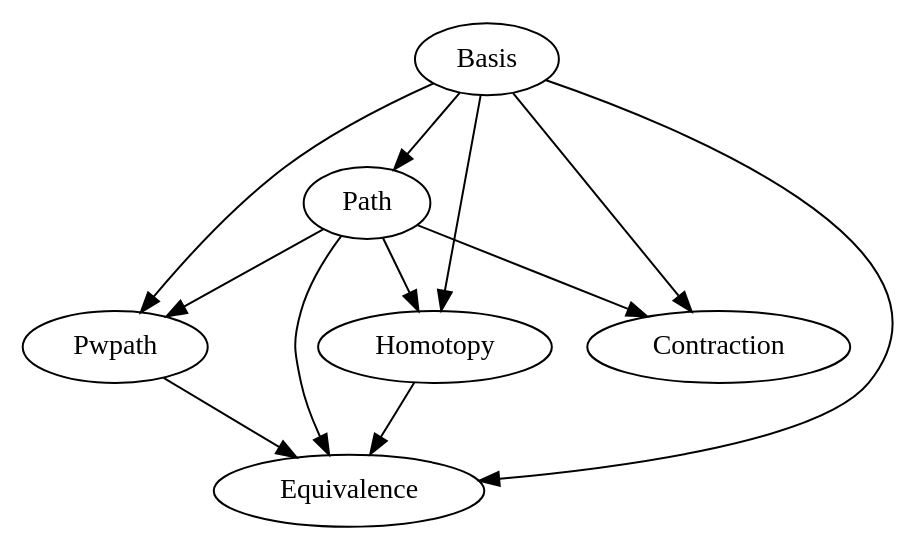
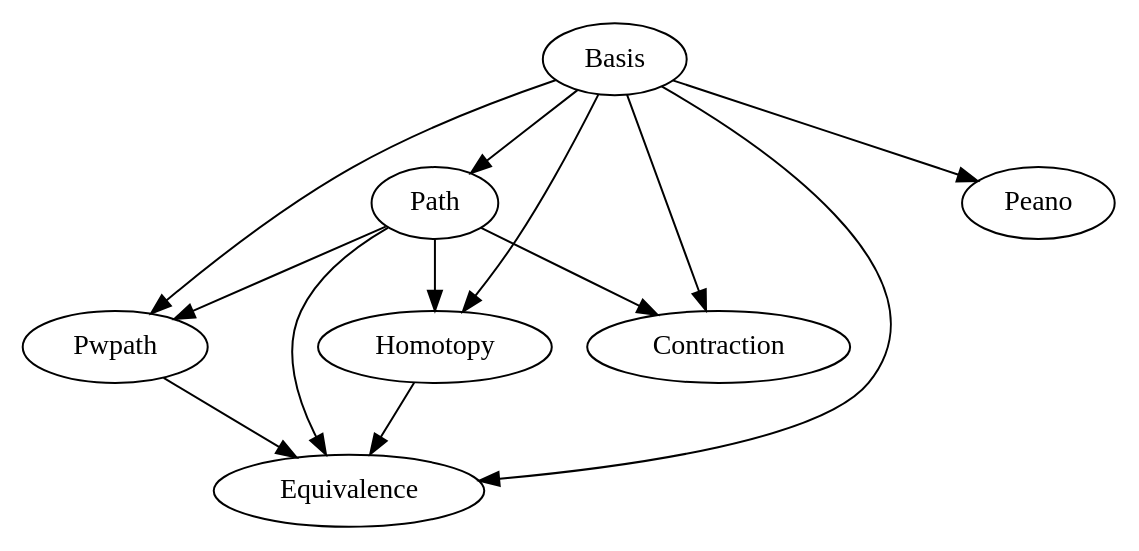
Before and after one commit to Hexirp/seityou: the diagram in seityou.dot, drawn with Graphviz.

Commit message:
Add: dot へ Peano を

```diff
--- a/seityou.dot
+++ b/seityou.dot
@@ -1,17 +1,19 @@
 digraph G {
     Basis -> Path;
     
     Path -> Homotopy;
     Basis -> Homotopy;
     
     Basis -> Pwpath;
     Path -> Pwpath;
     
     Basis -> Contraction;
     Path -> Contraction;
     
     Basis -> Equivalence;
     Path -> Equivalence;
     Pwpath -> Equivalence;
     Homotopy -> Equivalence;
+
+    Basis -> Peano;
 }
```
